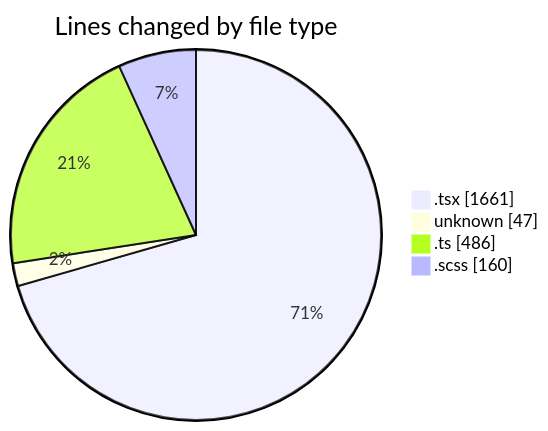
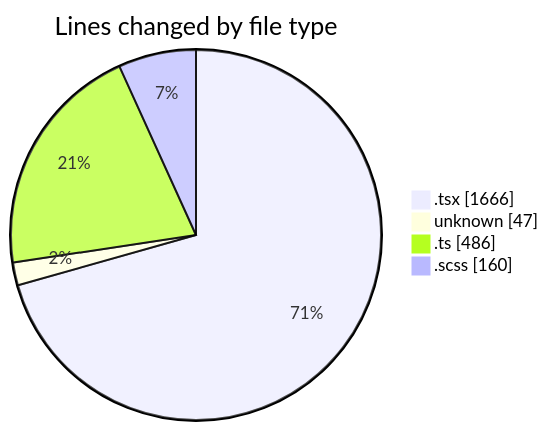
Before and after one commit to momahboobian/code-tracking: the first of 2 diagrams in 2025-09-18/cda/README.md, drawn with Mermaid. The commit also changed other lines of this file and 1 other file, not shown here.

````diff
--- a/2025-09-18/cda/README.md
+++ b/2025-09-18/cda/README.md
@@ -25,8 +25,8 @@
 ```mermaid
 pie showData
 title Lines changed by file type
-".tsx" : 1661
+".tsx" : 1666
 "unknown" : 47
 ".ts" : 486
 ".scss" : 160
 ```
````
